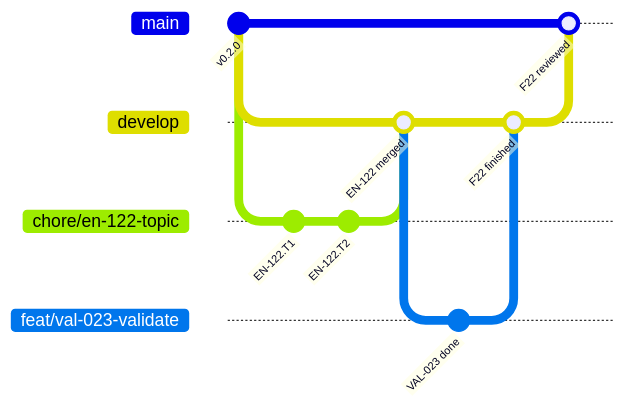
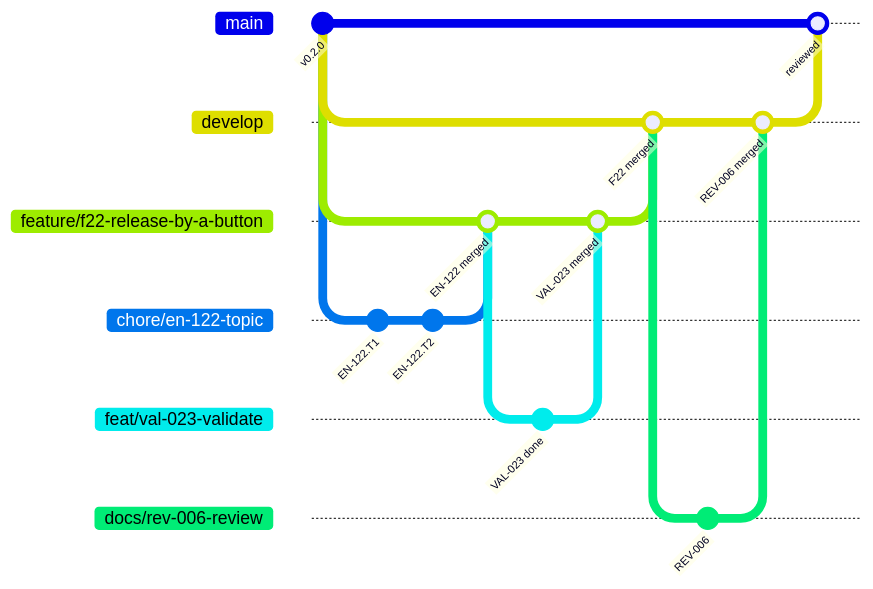
One commit to AlexandreGallais/synoptic-studio changed the diagram in docs/tooling/git-workflow.md. Above: the diagram before and after it, drawn with Mermaid. The commit also changed other lines of this file and 11 other files, not shown here.

First line of the commit message:
docs(tooling): describe feature branches merged by merge commits and a review at each return

````diff
--- a/docs/tooling/git-workflow.md
+++ b/docs/tooling/git-workflow.md
@@ -19,19 +20,28 @@
 ```mermaid
 gitGraph
   commit id: "v0.2.0"
   branch develop
   checkout develop
+  branch feature/f22-release-by-a-button
+  checkout feature/f22-release-by-a-button
   branch chore/en-122-topic
   checkout chore/en-122-topic
   commit id: "EN-122.T1"
   commit id: "EN-122.T2"
-  checkout develop
+  checkout feature/f22-release-by-a-button
   merge chore/en-122-topic id: "EN-122 merged"
   branch feat/val-023-validate
   checkout feat/val-023-validate
   commit id: "VAL-023 done"
+  checkout feature/f22-release-by-a-button
+  merge feat/val-023-validate id: "VAL-023 merged"
   checkout develop
-  merge feat/val-023-validate id: "F22 finished"
+  merge feature/f22-release-by-a-button id: "F22 merged"
+  branch docs/rev-006-review
+  checkout docs/rev-006-review
+  commit id: "REV-006"
+  checkout develop
+  merge docs/rev-006-review id: "REV-006 merged"
   checkout main
-  merge develop id: "F22 reviewed"
+  merge develop id: "reviewed"
 ```
````
